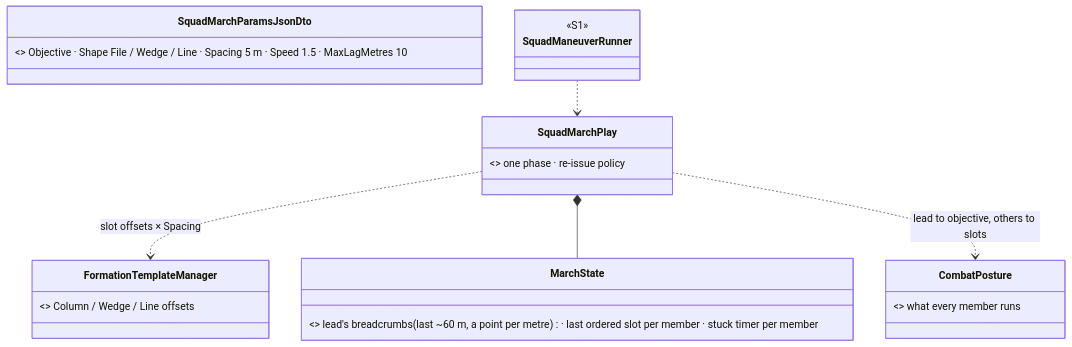
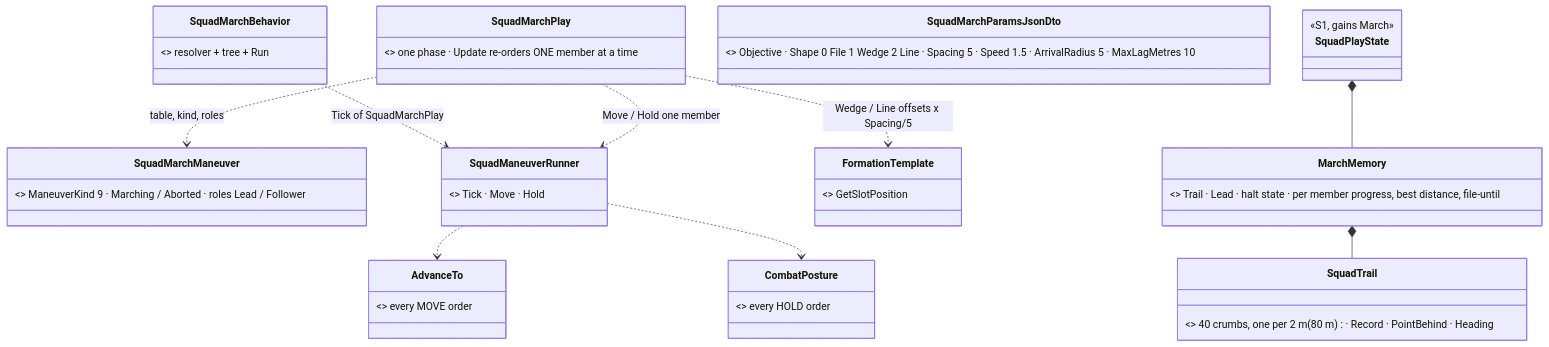
Before and after one commit to pjanec/HROT: diagram 14 of 15 in docs/designs/group-maneuvers/DESIGN_Squad_Tactics.md, drawn with Mermaid. The commit also changed other lines of this file and 10 other files, not shown here.

First line of the commit message:
WIP CE-2123 S3: SquadMarch — one more play on the S1 runner (File / Wedge / Line, lead's trail fallback, stragglers wait)

````diff
--- a/docs/designs/group-maneuvers/DESIGN_Squad_Tactics.md
+++ b/docs/designs/group-maneuvers/DESIGN_Squad_Tactics.md
@@ -672,13 +672,22 @@
 ```mermaid
 classDiagram
-  class SquadMarchPlay { <<NEW, ISquadPlay>> one phase · re-issue policy }
-  class SquadMarchParamsJsonDto { <<NEW, Hrot.Core>> Objective · Shape File / Wedge / Line · Spacing 5 m · Speed 1.5 · MaxLagMetres 10 }
-  class MarchState { <<NEW, inside SquadPlayState>> lead's breadcrumbs (last ~60 m, a point per metre) · last ordered slot per member · stuck timer per member }
-  class FormationTemplateManager { <<existing, reused read-only>> Column / Wedge / Line offsets }
-  class SquadManeuverRunner { <<S1>> }
-  class CombatPosture { <<existing>> what every member runs }
-  SquadMarchPlay ..> FormationTemplateManager : slot offsets × Spacing
-  SquadMarchPlay *-- MarchState
-  SquadManeuverRunner ..> SquadMarchPlay
-  SquadMarchPlay ..> CombatPosture : lead to objective, others to slots
+  class SquadMarchPlay { <<NEW, ISquadPlay>> one phase · Update re-orders ONE member at a time }
+  class SquadMarchBehavior { <<NEW, Library/Squad>> resolver + tree + Run }
+  class SquadMarchParamsJsonDto { <<NEW, Hrot.Core, Commander>> Objective · Shape 0 File 1 Wedge 2 Line · Spacing 5 · Speed 1.5 · ArrivalRadius 5 · MaxLagMetres 10 }
+  class SquadMarchManeuver { <<NEW, Fdp.Toolkits Squad>> ManeuverKind 9 · Marching / Aborted · roles Lead / Follower }
+  class MarchMemory { <<NEW, inside SquadPlayState>> Trail · Lead · halt state · per member progress, best distance, file-until }
+  class SquadTrail { <<NEW>> 40 crumbs, one per 2 m (80 m) · Record · PointBehind · Heading }
+  class SquadPlayState { <<S1, gains March>> }
+  class FormationTemplate { <<existing CarKinem, reused read-only>> GetSlotPosition }
+  class SquadManeuverRunner { <<S1>> Tick · Move · Hold }
+  class AdvanceTo { <<S1>> every MOVE order }
+  class CombatPosture { <<existing>> every HOLD order }
+  SquadPlayState *-- MarchMemory
+  MarchMemory *-- SquadTrail
+  SquadMarchBehavior ..> SquadManeuverRunner : Tick of SquadMarchPlay
+  SquadMarchPlay ..> SquadMarchManeuver : table, kind, roles
+  SquadMarchPlay ..> FormationTemplate : Wedge / Line offsets x Spacing/5
+  SquadMarchPlay ..> SquadManeuverRunner : Move / Hold one member
+  SquadManeuverRunner ..> AdvanceTo
+  SquadManeuverRunner ..> CombatPosture
 ```
````
